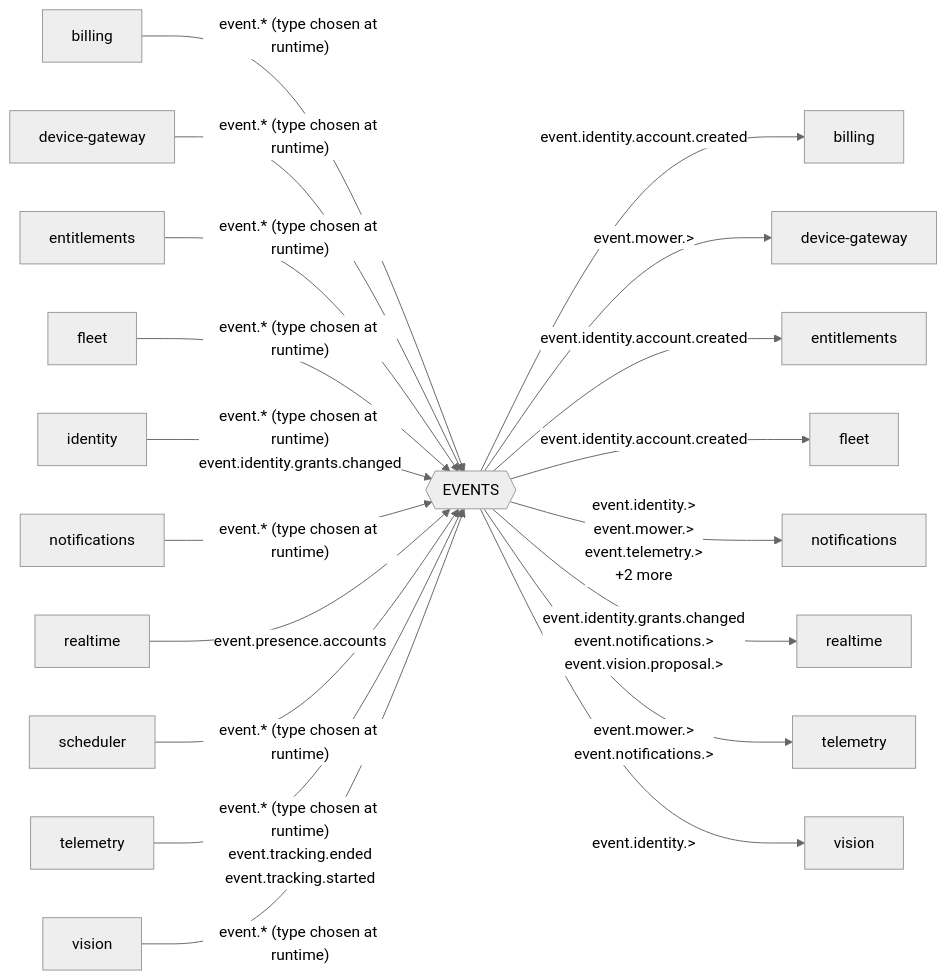
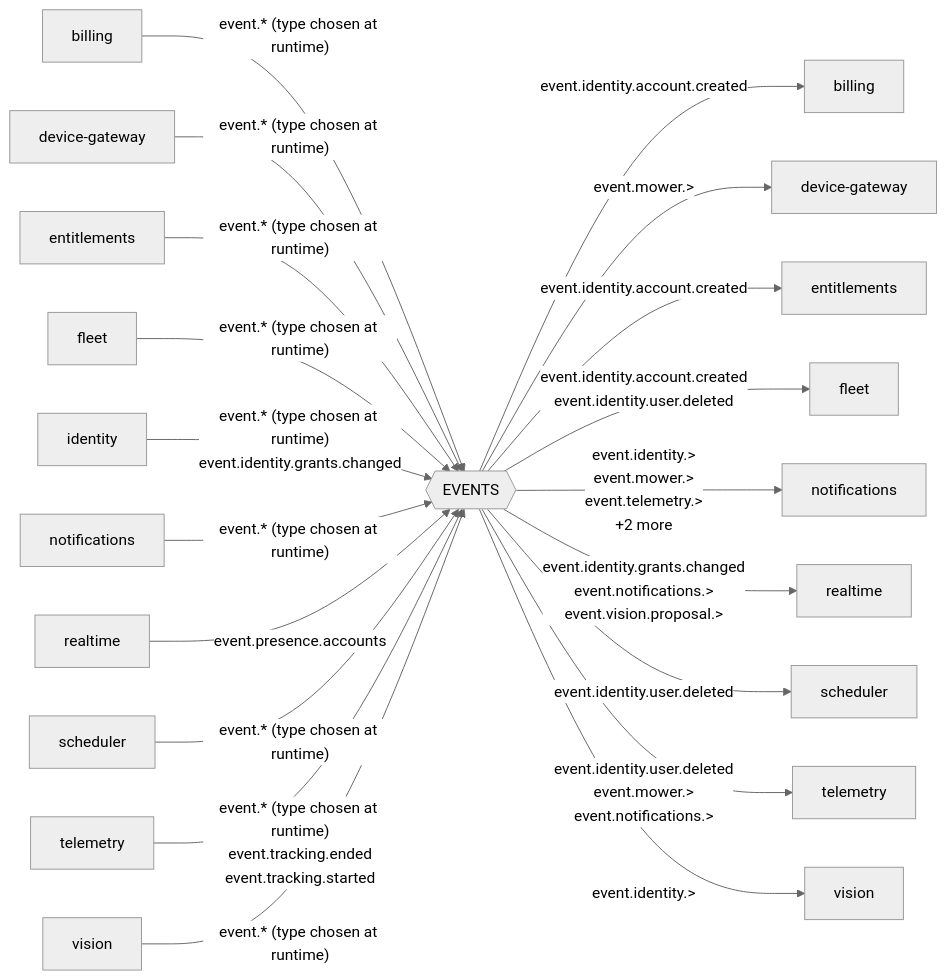
One commit to lukislp/mowdeck changed the seventh of 15 diagrams in docs/architecture/generated.md. Above: the diagram before and after it, drawn with Mermaid (neutral theme). The commit also changed other lines of this file and 63 other files, not shown here.

````diff
--- a/docs/architecture/generated.md
+++ b/docs/architecture/generated.md
@@ -265,40 +265,42 @@
 ```mermaid
 flowchart LR
   s_EVENTS{{"EVENTS"}}
   p_billing["billing"]
   p_device_gateway["device-gateway"]
   p_entitlements["entitlements"]
   p_fleet["fleet"]
   p_identity["identity"]
   p_notifications["notifications"]
   p_realtime["realtime"]
   p_scheduler["scheduler"]
   p_telemetry["telemetry"]
   p_vision["vision"]
   c_billing["billing"]
   c_device_gateway["device-gateway"]
   c_entitlements["entitlements"]
   c_fleet["fleet"]
   c_notifications["notifications"]
   c_realtime["realtime"]
+  c_scheduler["scheduler"]
   c_telemetry["telemetry"]
   c_vision["vision"]
   p_billing -->|"event.* (type chosen at runtime)"| s_EVENTS
   p_device_gateway -->|"event.* (type chosen at runtime)"| s_EVENTS
   p_entitlements -->|"event.* (type chosen at runtime)"| s_EVENTS
   p_fleet -->|"event.* (type chosen at runtime)"| s_EVENTS
   p_identity -->|"event.* (type chosen at runtime)<br/>event.identity.grants.changed"| s_EVENTS
   p_notifications -->|"event.* (type chosen at runtime)"| s_EVENTS
   p_realtime -->|"event.presence.accounts"| s_EVENTS
   p_scheduler -->|"event.* (type chosen at runtime)"| s_EVENTS
   p_telemetry -->|"event.* (type chosen at runtime)<br/>event.tracking.ended<br/>event.tracking.started"| s_EVENTS
   p_vision -->|"event.* (type chosen at runtime)"| s_EVENTS
   s_EVENTS -->|"event.identity.account.created"| c_billing
   s_EVENTS -->|"event.mower.>"| c_device_gateway
   s_EVENTS -->|"event.identity.account.created"| c_entitlements
-  s_EVENTS -->|"event.identity.account.created"| c_fleet
+  s_EVENTS -->|"event.identity.account.created<br/>event.identity.user.deleted"| c_fleet
   s_EVENTS -->|"event.identity.><br/>event.mower.><br/>event.telemetry.><br/>+2 more"| c_notifications
   s_EVENTS -->|"event.identity.grants.changed<br/>event.notifications.><br/>event.vision.proposal.>"| c_realtime
-  s_EVENTS -->|"event.mower.><br/>event.notifications.>"| c_telemetry
+  s_EVENTS -->|"event.identity.user.deleted"| c_scheduler
+  s_EVENTS -->|"event.identity.user.deleted<br/>event.mower.><br/>event.notifications.>"| c_telemetry
   s_EVENTS -->|"event.identity.>"| c_vision
 ```
````
